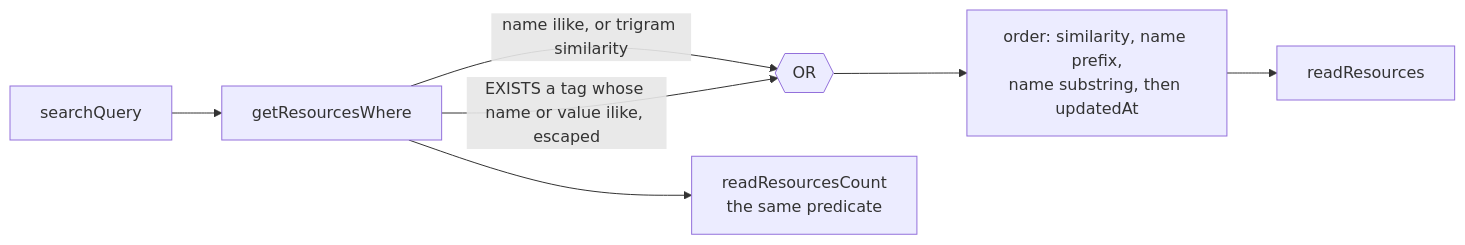
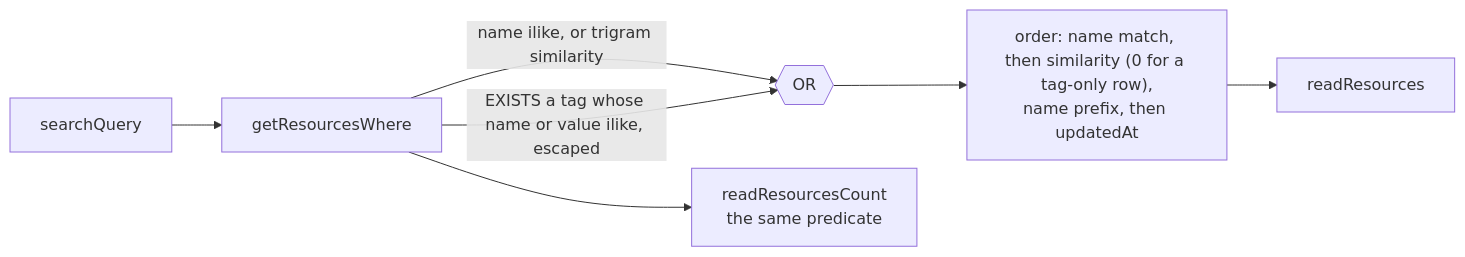
One commit to Esposter/Esposter changed the diagram in openspec/changes/resource-tag-search/design.md. Above: the diagram before and after it, drawn with Mermaid. The commit also changed other lines of this file and 12 other files, not shown here.

````diff
--- a/openspec/changes/resource-tag-search/design.md
+++ b/openspec/changes/resource-tag-search/design.md
@@ -7,9 +7,9 @@
 ```mermaid
 flowchart LR
   Q["searchQuery"] --> W["getResourcesWhere"]
   W -->|"name ilike, or trigram similarity"| OR{{"OR"}}
   W -->|"EXISTS a tag whose name or value ilike, escaped"| OR
-  OR --> RANK["order: similarity, name prefix,<br/>name substring, then updatedAt"]
+  OR --> RANK["order: name match, then similarity (0 for a tag-only row),<br/>name prefix, then updatedAt"]
   RANK --> LIST["readResources"]
   W --> CNT["readResourcesCount<br/>the same predicate"]
 ```
````
